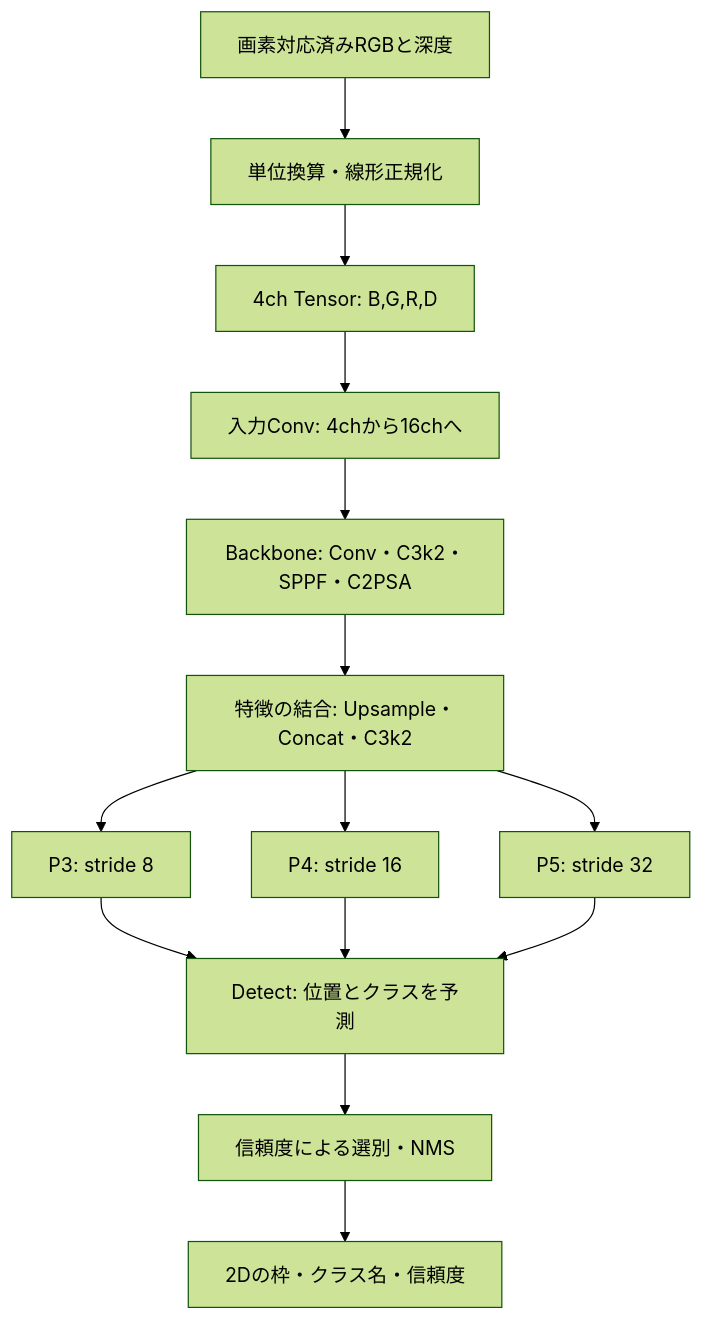
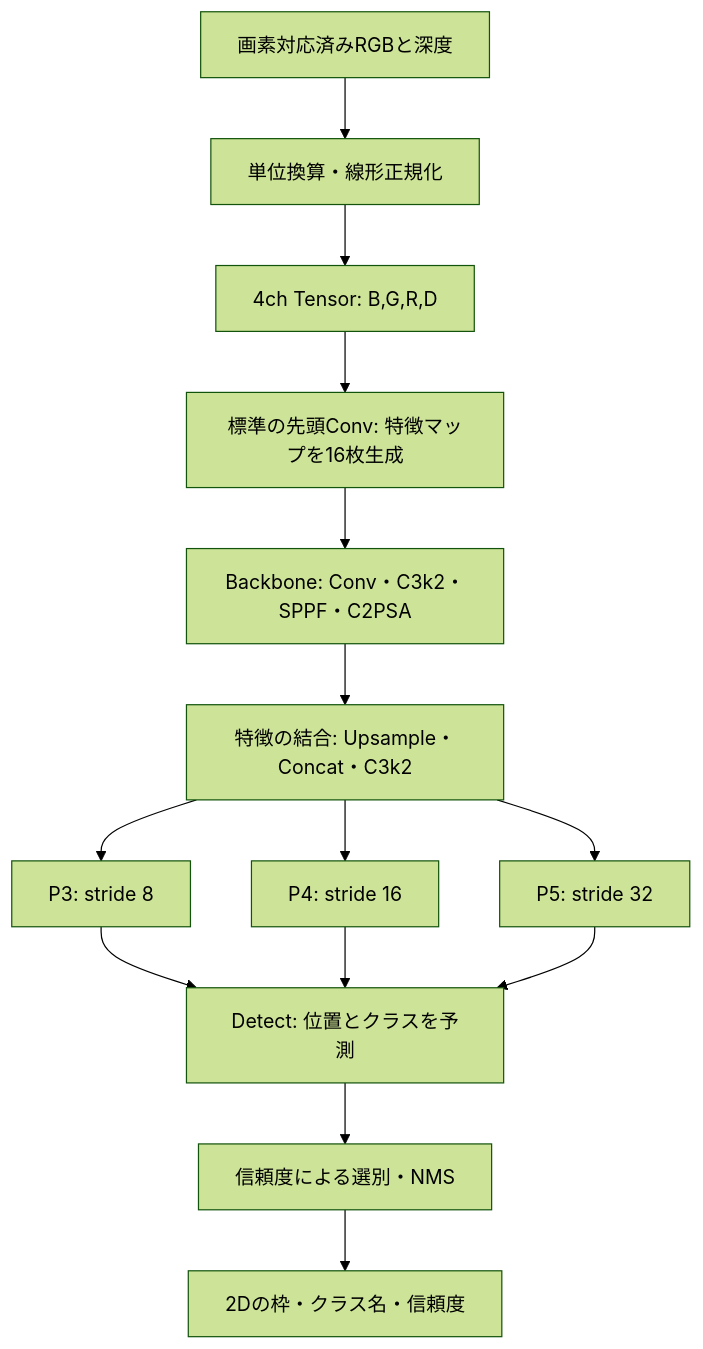
Before and after one commit to Hatano123/hpc_rgbd: the diagram in docs/ARCHITECTURE.md, drawn with Mermaid (forest theme). The commit also changed other lines of this file, not shown here.

Commit message:
Clarify channel count versus image bit depth in architecture guide

````diff
--- a/docs/ARCHITECTURE.md
+++ b/docs/ARCHITECTURE.md
@@ -9,16 +9,16 @@
 ```mermaid
 flowchart TD
     I[画素対応済みRGBと深度] --> P[単位換算・線形正規化]
     P --> T[4ch Tensor: B,G,R,D]
-    T --> C[入力Conv: 4chから16chへ]
+    T --> C[標準の先頭Conv: 特徴マップを16枚生成]
     C --> B[Backbone: Conv・C3k2・SPPF・C2PSA]
     B --> N[特徴の結合: Upsample・Concat・C3k2]
     N --> P3[P3: stride 8]
     N --> P4[P4: stride 16]
     N --> P5[P5: stride 32]
     P3 --> H[Detect: 位置とクラスを予測]
     P4 --> H
     P5 --> H
     H --> S[信頼度による選別・NMS]
     S --> O[2Dの枠・クラス名・信頼度]
 ```
````
